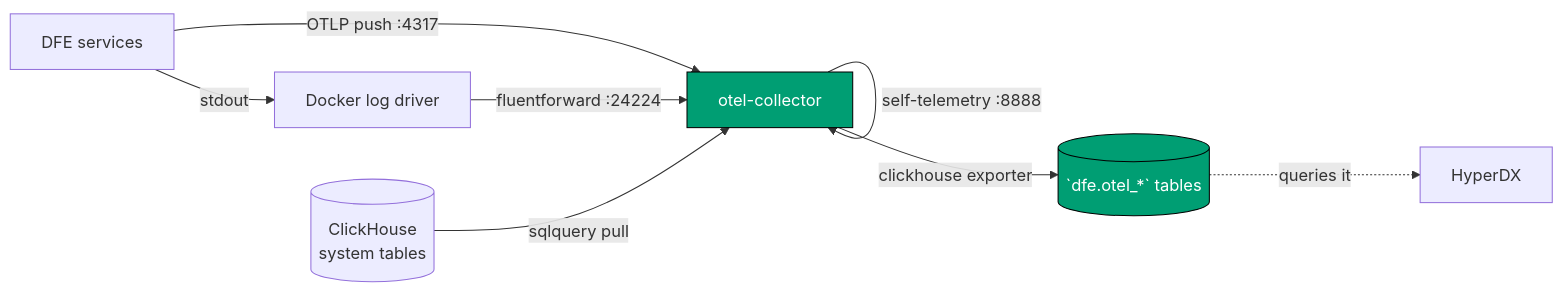
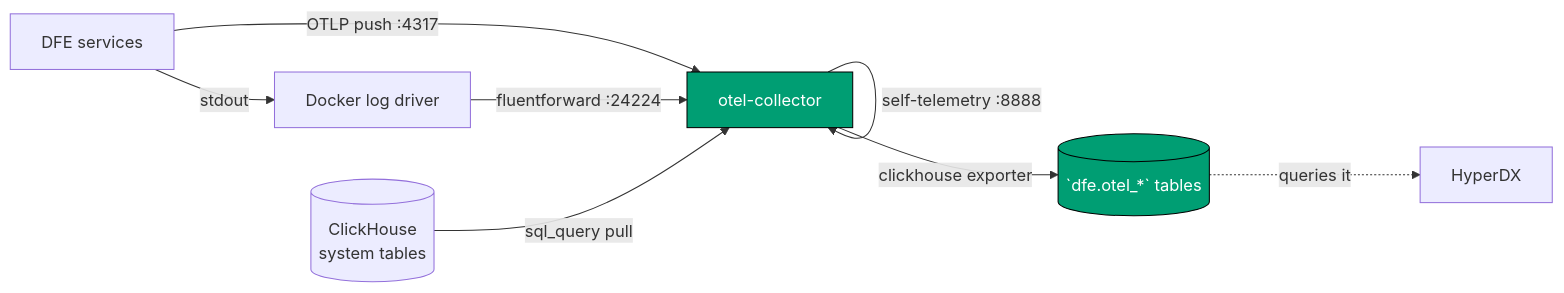
Before and after one commit to hyperi-io/dfe-docker: the diagram in docs/observability.md, drawn with Mermaid. The commit also changed other lines of this file and 2 other files, not shown here.

Commit message:
fix: name the ClickHouse metrics receiver sql_query
otel collector 0.162.0 logs sqlquery as a deprecated alias. The receiver and its docs now use sql_query, which the pinned collector validates cleanly.

````diff
--- a/docs/observability.md
+++ b/docs/observability.md
@@ -68,13 +68,13 @@
 ```mermaid
 flowchart LR
     apps["DFE services"] -->|OTLP push :4317| col["otel-collector"]
     apps -->|stdout| drv["Docker log driver"]
     drv -->|fluentforward :24224| col
-    chsrv[("ClickHouse<br/>system tables")] -->|sqlquery pull| col
+    chsrv[("ClickHouse<br/>system tables")] -->|sql_query pull| col
     col -->|self-telemetry :8888| col
     col -->|clickhouse exporter| ch[(`dfe.otel_*` tables)]
     ch -.->|queries it| hdx["HyperDX"]
 
     classDef on fill:#009E73,color:#ffffff,stroke:#000000
     class col,ch on
 ```
````
